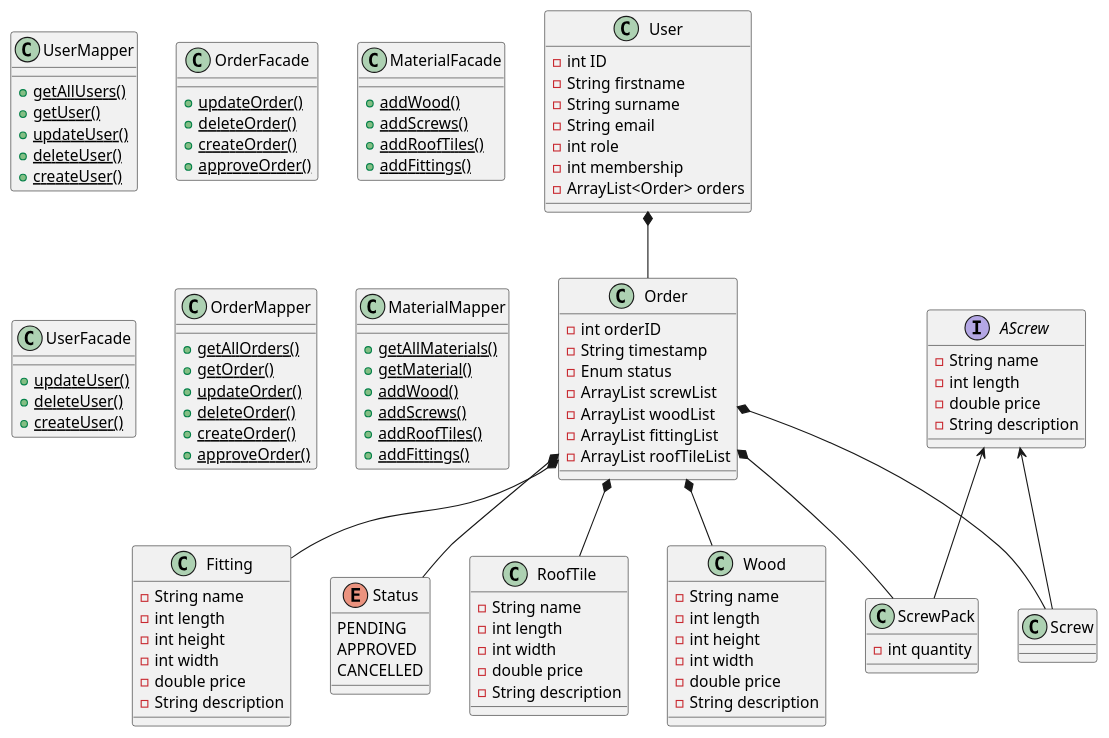
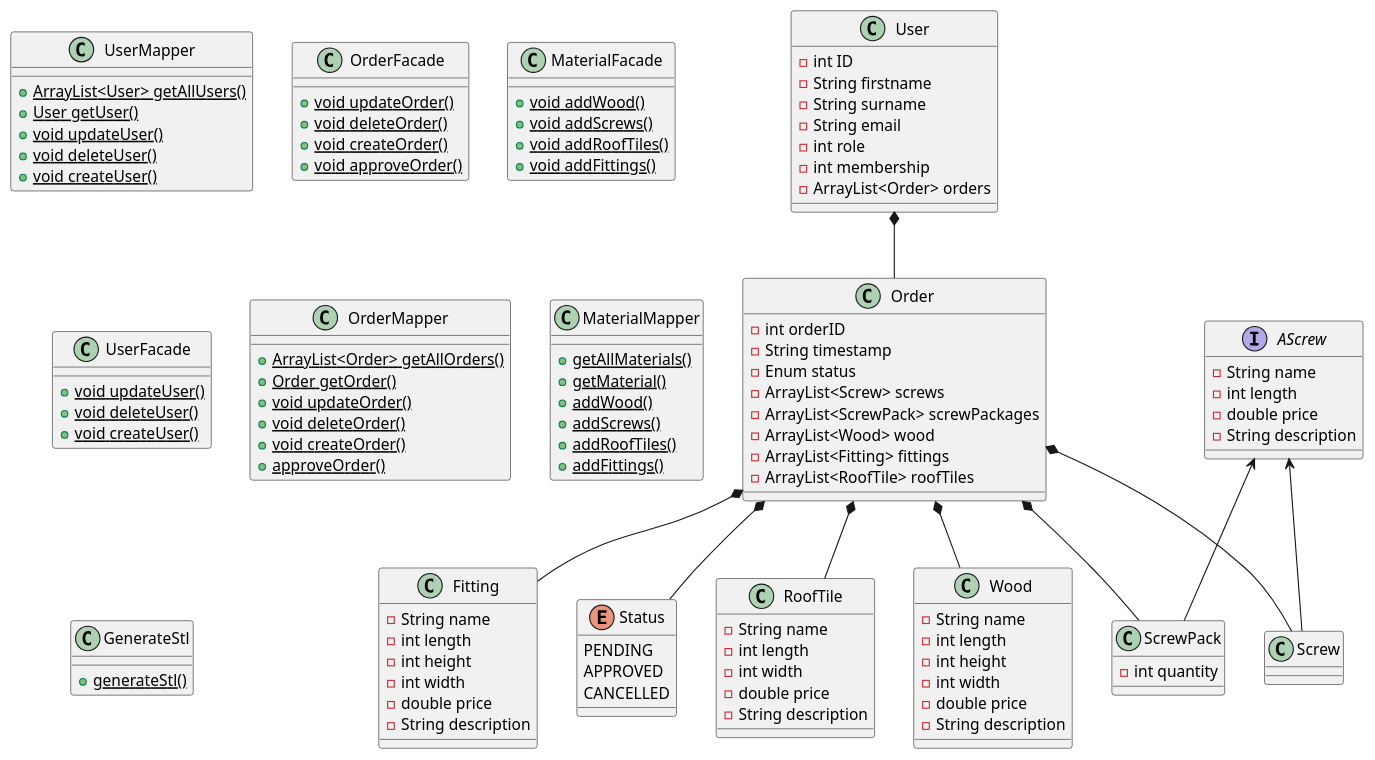
The diagram in documentation/ClassDiagram.puml (HeinLarsen/fog-carport), drawn with PlantUML before and after one commit.

```diff
--- a/documentation/ClassDiagram.puml
+++ b/documentation/ClassDiagram.puml
@@ -1,128 +1,131 @@
 @startuml
 'https://plantuml.com/class-diagram
 
 class User {
--int ID
--String firstname
--String surname
--String email
--int role
--int membership
--ArrayList<Order> orders
+- int ID
+- String firstname
+- String surname
+- String email
+- int role
+- int membership
+- ArrayList<Order> orders
 }
 
 class Order {
--int orderID
--String timestamp
--Enum status
--ArrayList screwList
--ArrayList woodList
--ArrayList fittingList
--ArrayList roofTileList
+- int orderID
+- String timestamp
+- Enum status
+- ArrayList<Screw> screws
+- ArrayList<ScrewPack> screwPackages
+- ArrayList<Wood> wood
+- ArrayList<Fitting> fittings
+- ArrayList<RoofTile> roofTiles
 }
 
 class UserMapper{
-+ {static} getAllUsers()
-+ {static} getUser()
-+ {static} updateUser()
-+ {static} deleteUser()
-+ {static} createUser()
++ {static} ArrayList<User> getAllUsers()
++ {static} User getUser()
++ {static} void updateUser()
++ {static} void deleteUser()
++ {static} void createUser()
 }
 
 class OrderFacade{
-+ {static} updateOrder()
-+ {static} deleteOrder()
-+ {static} createOrder()
-+ {static} approveOrder()
++ {static} void updateOrder()
++ {static} void deleteOrder()
++ {static} void createOrder()
++ {static} void approveOrder()
 }
 
 class MaterialFacade{
-+ {static} addWood()
-+ {static} addScrews()
-+ {static} addRoofTiles()
-+ {static} addFittings()
++ {static} void addWood()
++ {static} void addScrews()
++ {static} void addRoofTiles()
++ {static} void addFittings()
 }
 
 class UserFacade{
-+ {static} updateUser()
-+ {static} deleteUser()
-+ {static} createUser()
++ {static} void updateUser()
++ {static} void deleteUser()
++ {static} void createUser()
 }
 
 class OrderMapper{
-+ {static} getAllOrders()
-+ {static} getOrder()
-+ {static} updateOrder()
-+ {static} deleteOrder()
-+ {static} createOrder()
++ {static} ArrayList<Order> getAllOrders()
++ {static} Order getOrder()
++ {static} void updateOrder()
++ {static} void deleteOrder()
++ {static} void createOrder()
 + {static} approveOrder()
 }
 
 class MaterialMapper{
 + {static} getAllMaterials()
 + {static} getMaterial()
 + {static} addWood()
 + {static} addScrews()
 + {static} addRoofTiles()
 + {static} addFittings()
 }
 
 class RoofTile{
--String name
--int length
--int width
--double price
--String description
+- String name
+- int length
+- int width
+- double price
+- String description
 }
 
 class Wood{
--String name
--int length
--int height
--int width
--double price
--String description
+- String name
+- int length
+- int height
+- int width
+- double price
+- String description
 }
 
 class Fitting{
--String name
--int length
--int height
--int width
--double price
--String description
+- String name
+- int length
+- int height
+- int width
+- double price
+- String description
+}
 
+class GenerateStl {
++ {static} generateStl()
 }
 
 interface AScrew{
--String name
--int length
--double price
--String description
-
+- String name
+- int length
+- double price
+- String description
 }
 
 class ScrewPack{
--int quantity
+- int quantity
 }
 
 class Screw{
 }
 
 Enum Status {
     PENDING
     APPROVED
     CANCELLED
 }
 
 Order *-- Screw
 Order *-- ScrewPack
 Order *-- Fitting
 Order *-- RoofTile
 Order *-- Wood
 Order *-- Status
 User *-- Order
 AScrew <-- ScrewPack
 AScrew <-- Screw
 
 @enduml
```
